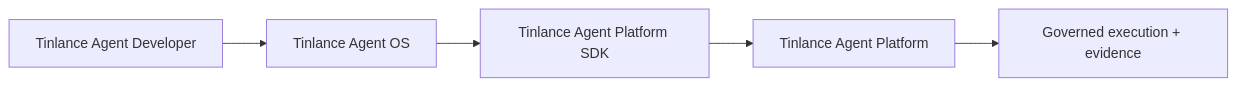
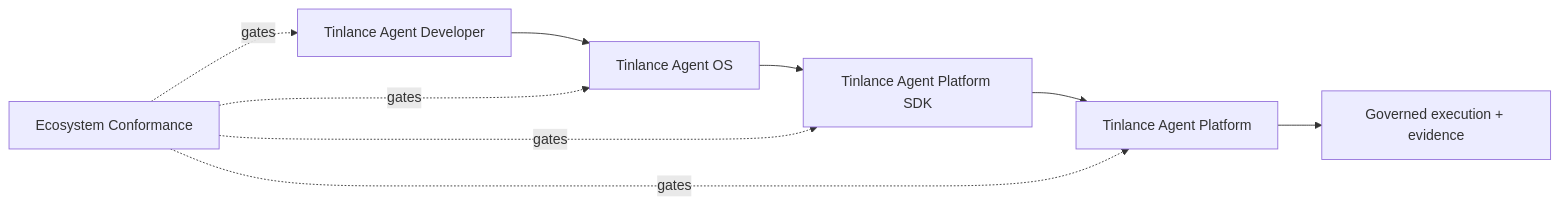
Before and after one commit to LloydCoder/tinlance-agent-os: the diagram in docs/integration/ECOSYSTEM.md, drawn with Mermaid. The commit also changed other lines of this file and 3 other files, not shown here.

First line of the commit message:
docs: reconcile ecosystem conformance (#114)

````diff
--- a/docs/integration/ECOSYSTEM.md
+++ b/docs/integration/ECOSYSTEM.md
@@ -5,7 +5,11 @@
 ```mermaid
 flowchart LR
     D[Tinlance Agent Developer] --> O[Tinlance Agent OS]
     O --> S[Tinlance Agent Platform SDK]
     S --> P[Tinlance Agent Platform]
     P --> E[Governed execution + evidence]
+    C[Ecosystem Conformance] -. gates .-> D
+    C -. gates .-> O
+    C -. gates .-> S
+    C -. gates .-> P
 ```
````
